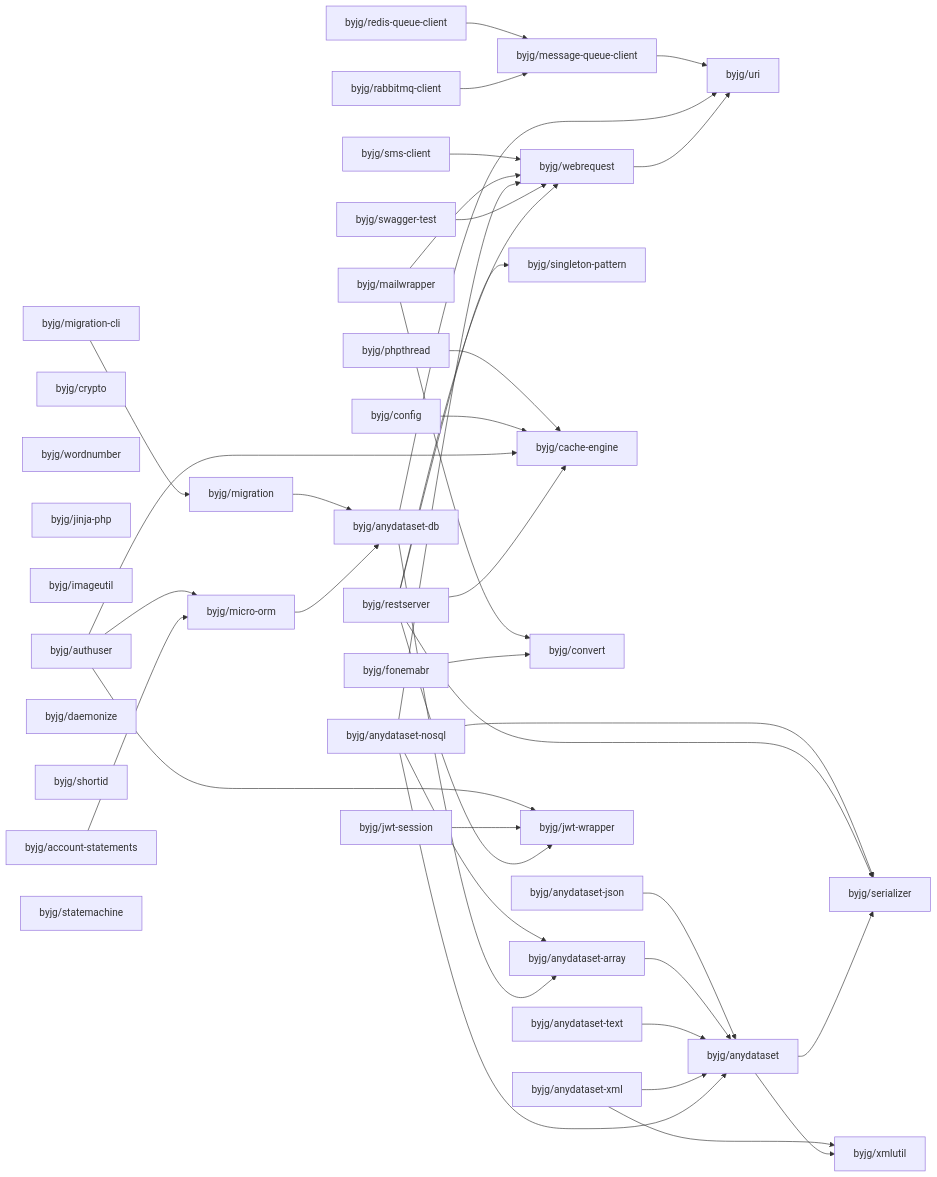
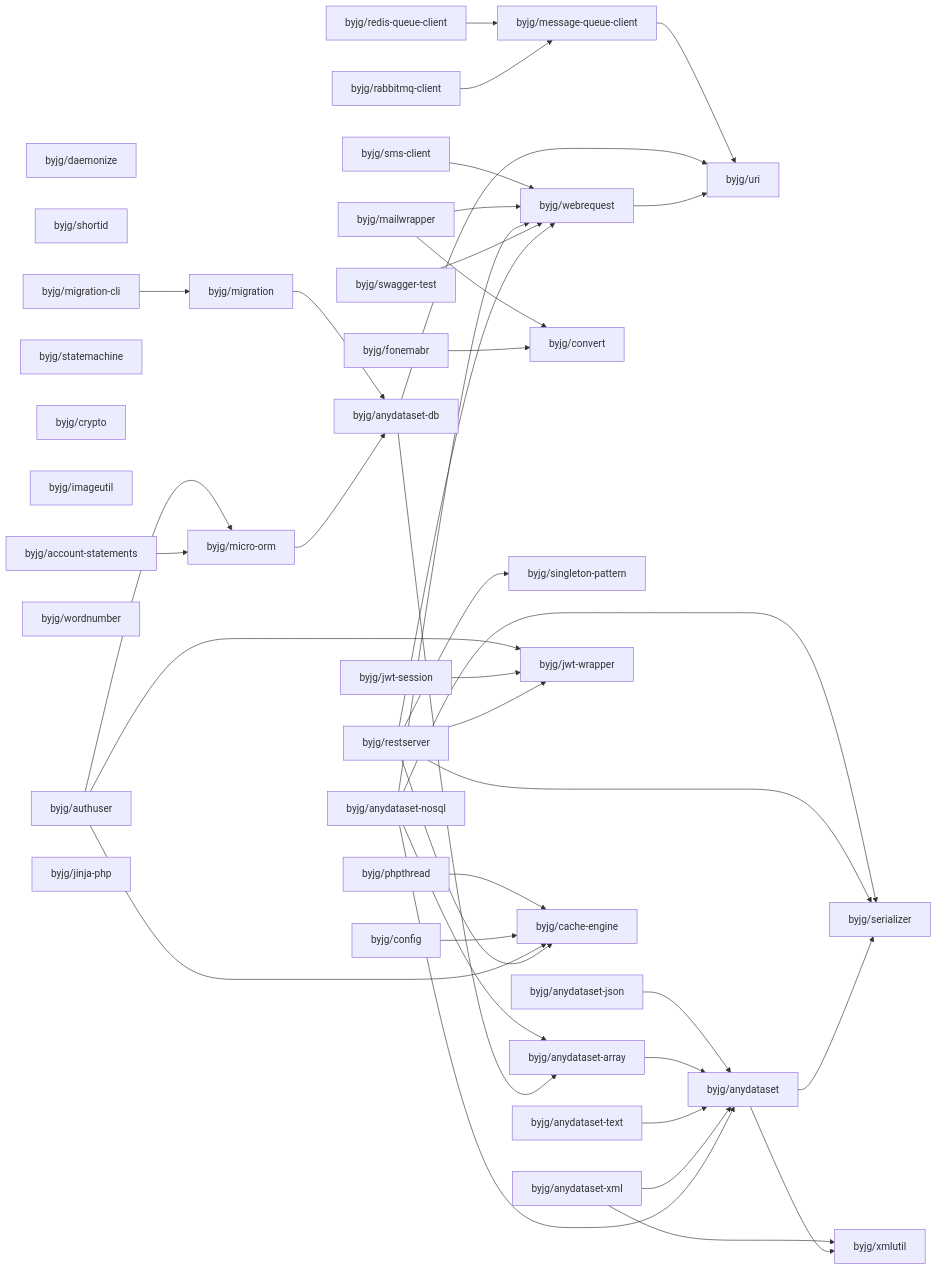
Before and after one commit to byjg/byjg.github.io: the diagram in docs/php/README.md, drawn with Mermaid. The commit also changed other lines of this file, not shown here.

Commit message:
Update documentation 'php' 'php-migration'

````diff
--- a/docs/php/README.md
+++ b/docs/php/README.md
@@ -3,78 +3,78 @@
 ```mermaid
 graph LR;
+  byjg/anydataset-xml;
+  byjg/rabbitmq-client;
+  byjg/mailwrapper;
+  byjg/daemonize;
+  byjg/shortid;
   byjg/authuser;
-  byjg/phpthread;
-  byjg/mailwrapper;
+  byjg/jwt-session;
+  byjg/fonemabr;
+  byjg/statemachine;
+  byjg/anydataset-nosql;
   byjg/crypto;
-  byjg/anydataset-text;
-  byjg/redis-queue-client;
+  byjg/imageutil;
+  byjg/config;
+  byjg/swagger-test;
+  byjg/sms-client;
+  byjg/account-statements;
   byjg/wordnumber;
-  byjg/config;
+  byjg/migration-cli;
   byjg/restserver;
   byjg/jinja-php;
-  byjg/imageutil;
-  byjg/fonemabr;
-  byjg/migration-cli;
-  byjg/swagger-test;
+  byjg/redis-queue-client;
+  byjg/anydataset-text;
+  byjg/phpthread;
   byjg/anydataset-json;
-  byjg/sms-client;
-  byjg/rabbitmq-client;
-  byjg/anydataset-xml;
-  byjg/daemonize;
-  byjg/shortid;
-  byjg/account-statements;
-  byjg/statemachine;
-  byjg/anydataset-nosql;
-  byjg/jwt-session;
+  byjg/convert;
+  byjg/micro-orm;
+  byjg/migration;
   byjg/singleton-pattern;
-  byjg/cache-engine;
-  byjg/convert;
-  byjg/migration;
-  byjg/message-queue-client;
-  byjg/micro-orm;
   byjg/webrequest;
   byjg/jwt-wrapper;
+  byjg/message-queue-client;
+  byjg/cache-engine;
   byjg/anydataset-db;
   byjg/anydataset-array;
   byjg/uri;
   byjg/anydataset;
   byjg/serializer;
   byjg/xmlutil;
   byjg/anydataset-json --> byjg/anydataset;
   byjg/sms-client --> byjg/webrequest;
   byjg/anydataset-array --> byjg/anydataset;
   byjg/phpthread --> byjg/cache-engine;
   byjg/anydataset-text --> byjg/anydataset;
   byjg/mailwrapper --> byjg/convert;
   byjg/mailwrapper --> byjg/webrequest;
   byjg/migration-cli --> byjg/migration;
   byjg/anydataset-xml --> byjg/anydataset;
   byjg/anydataset-xml --> byjg/xmlutil;
   byjg/redis-queue-client --> byjg/message-queue-client;
   byjg/fonemabr --> byjg/convert;
   byjg/message-queue-client --> byjg/uri;
   byjg/config --> byjg/cache-engine;
   byjg/rabbitmq-client --> byjg/message-queue-client;
   byjg/authuser --> byjg/micro-orm;
   byjg/authuser --> byjg/cache-engine;
   byjg/authuser --> byjg/jwt-wrapper;
   byjg/jwt-session --> byjg/jwt-wrapper;
   byjg/anydataset-nosql --> byjg/anydataset;
   byjg/anydataset-nosql --> byjg/anydataset-array;
   byjg/anydataset-nosql --> byjg/serializer;
   byjg/anydataset-nosql --> byjg/webrequest;
   byjg/anydataset-db --> byjg/anydataset-array;
   byjg/anydataset-db --> byjg/uri;
   byjg/swagger-test --> byjg/webrequest;
   byjg/restserver --> byjg/serializer;
   byjg/restserver --> byjg/singleton-pattern;
   byjg/restserver --> byjg/cache-engine;
   byjg/restserver --> byjg/webrequest;
   byjg/restserver --> byjg/jwt-wrapper;
   byjg/migration --> byjg/anydataset-db;
   byjg/anydataset --> byjg/serializer;
   byjg/anydataset --> byjg/xmlutil;
   byjg/micro-orm --> byjg/anydataset-db;
   byjg/webrequest --> byjg/uri;
   byjg/account-statements --> byjg/micro-orm;
 ```
````
